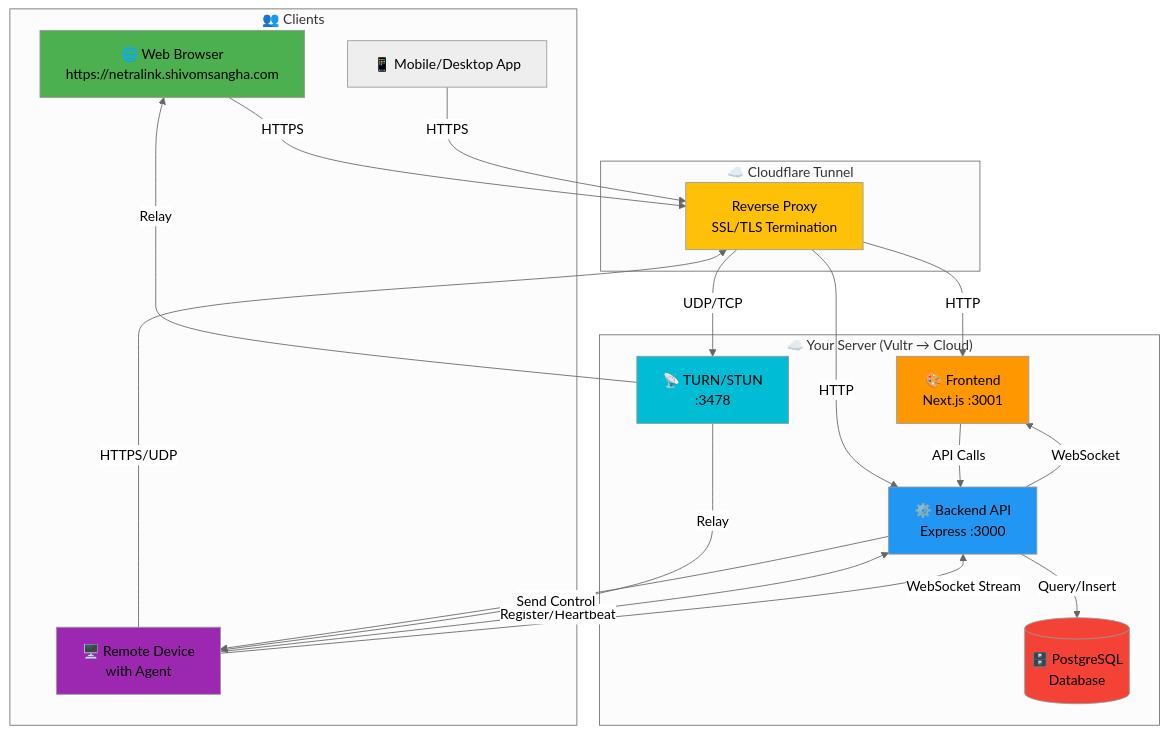
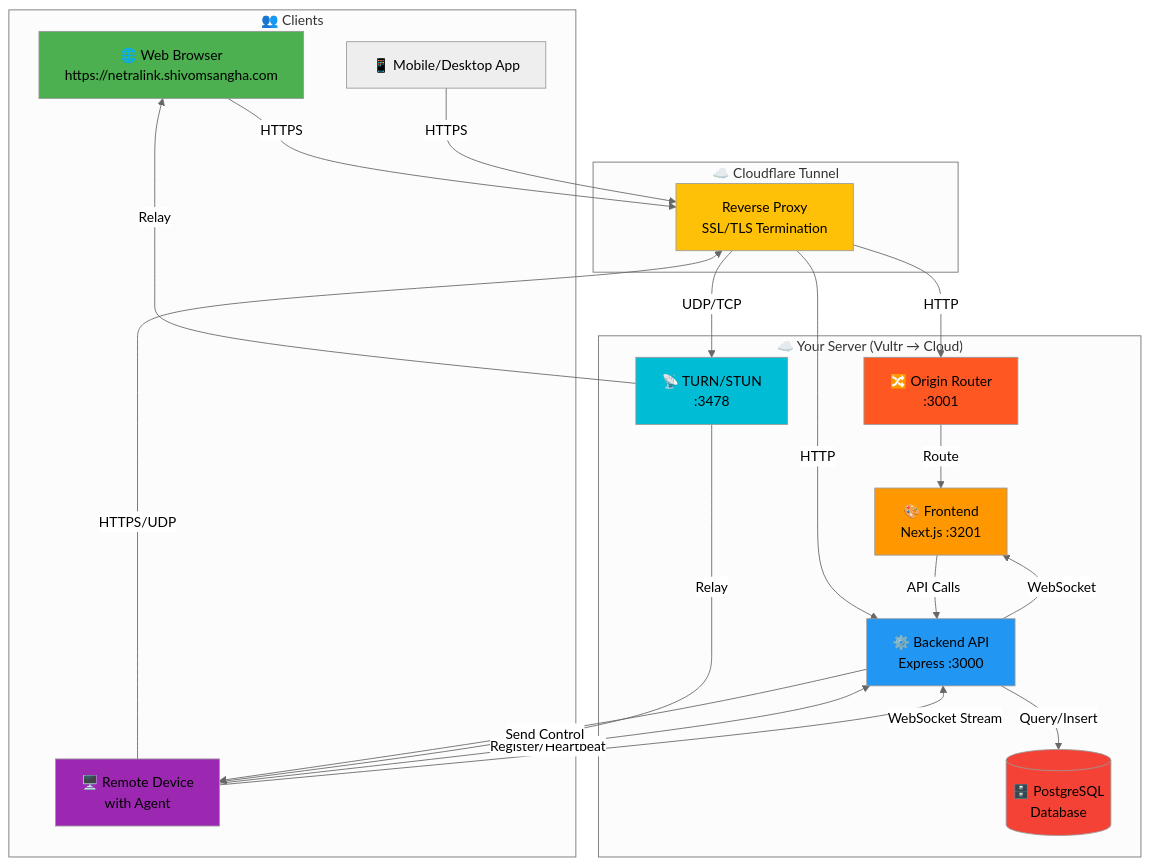
The first of 8 diagrams in ARCHITECTURE_DIAGRAMS.md (arvindjonn09/CL-NL-V1), drawn with Mermaid (neutral theme) before and after one commit. The commit also changed other lines of this file and 4 other files, not shown here.

First line of the commit message:
Update all documentation with correct architecture

````diff
--- a/ARCHITECTURE_DIAGRAMS.md
+++ b/ARCHITECTURE_DIAGRAMS.md
@@ -5,46 +5,49 @@
 ```mermaid
 graph TB
     subgraph clients["👥 Clients"]
         browser["🌐 Web Browser<br/>https://netralink.shivomsangha.com"]
         mobile["📱 Mobile/Desktop App"]
         device["🖥️ Remote Device<br/>with Agent"]
     end
     
     subgraph cloudflare["☁️ Cloudflare Tunnel"]
         cf["Reverse Proxy<br/>SSL/TLS Termination"]
     end
     
     subgraph cloud["☁️ Your Server (Vultr → Cloud)"]
-        frontend["🎨 Frontend<br/>Next.js :3001"]
+        router["🔀 Origin Router<br/>:3001"]
+        frontend["🎨 Frontend<br/>Next.js :3201"]
         backend["⚙️ Backend API<br/>Express :3000"]
         turn["📡 TURN/STUN<br/>:3478"]
         db[(🗄️ PostgreSQL<br/>Database)]
     end
     
     browser -->|HTTPS| cf
     mobile -->|HTTPS| cf
     device -->|HTTPS/UDP| cf
     
-    cf -->|HTTP| frontend
+    cf -->|HTTP| router
     cf -->|HTTP| backend
     cf -->|UDP/TCP| turn
     
+    router -->|Route| frontend
     frontend -->|API Calls| backend
     backend -->|WebSocket| frontend
     backend -->|Query/Insert| db
     
     device -->|Register/Heartbeat| backend
     device -->|WebSocket Stream| backend
     backend -->|Send Control| device
     
     turn -->|Relay| device
     turn -->|Relay| browser
     
     style browser fill:#4CAF50
     style backend fill:#2196F3
     style frontend fill:#FF9800
     style db fill:#F44336
     style device fill:#9C27B0
     style turn fill:#00BCD4
     style cf fill:#FFC107
+    style router fill:#FF5722
 ```
````
